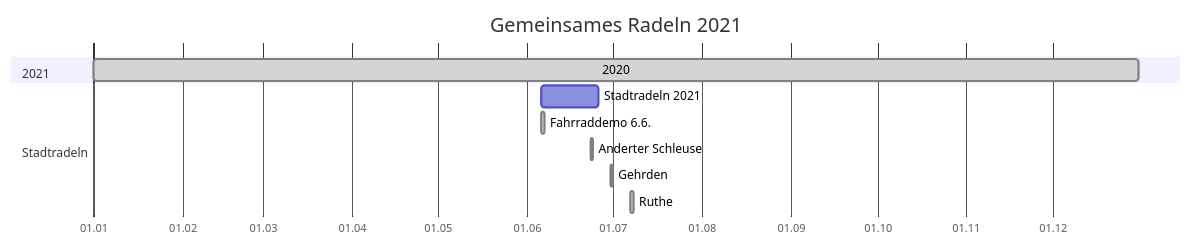
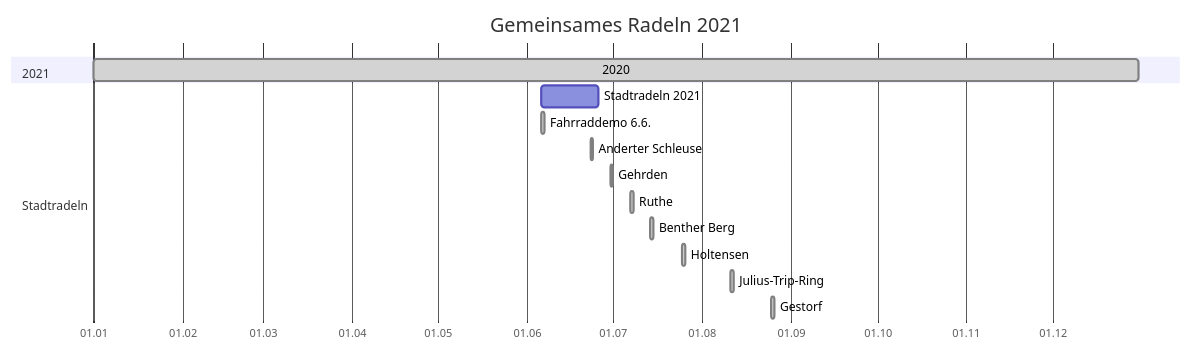
The first of 2 diagrams in index.md (adfc-hemmingen-pattensen/adfc-hemmingen-pattensen.github.io), drawn with Mermaid before and after one commit. The commit also changed other lines of this file and 1 other file, not shown here.

````diff
--- a/index.md
+++ b/index.md
@@ -225,16 +225,20 @@
 ``` mermaid
 gantt
 dateFormat  YYYY-MM-DD
 title Gemeinsames Radeln 2021
 axisFormat  %d.%m
 
 section 2021
 2020: done, 2021-01-01, 2021-12-31
 section Stadtradeln
 Stadtradeln 2021:  2021-06-06, 2021-06-26
 Fahrraddemo 6.6.:  done, 2021-06-06, 1d
 Anderter Schleuse: done, 2021-06-23, 1d
 Gehrden:           done, 2021-06-30, 1d
 Ruthe:             done, 2021-07-07, 1d
+Benther Berg:      done, 2021-07-14, 1d
+Holtensen:         done, 2021-07-25, 1d
+Julius-Trip-Ring:  done, 2021-08-11, 1d
+Gestorf:           done, 2021-08-25, 1d
 
 ```
````
